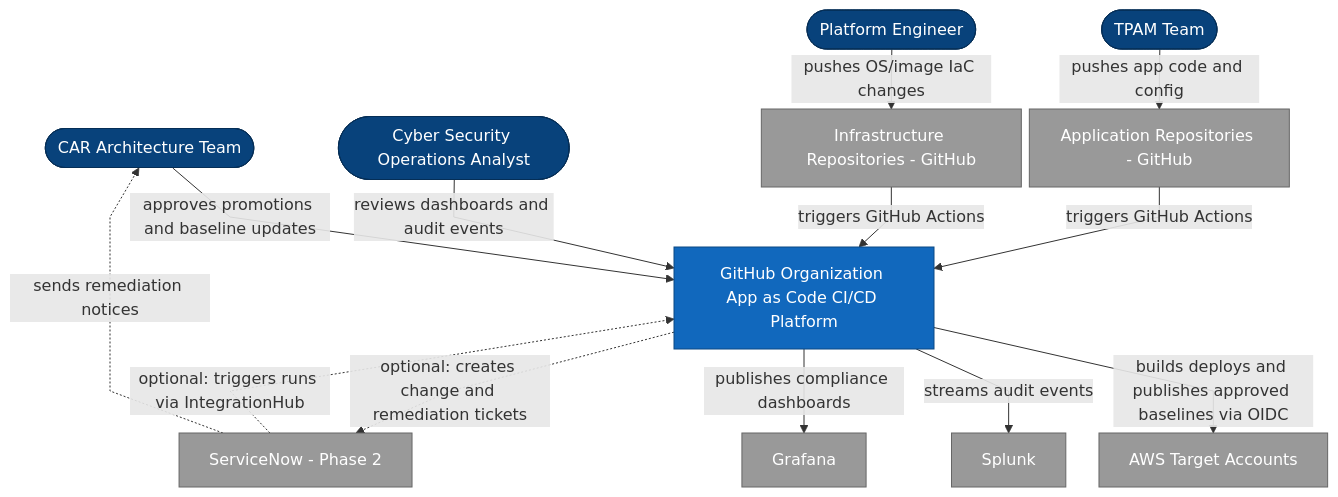
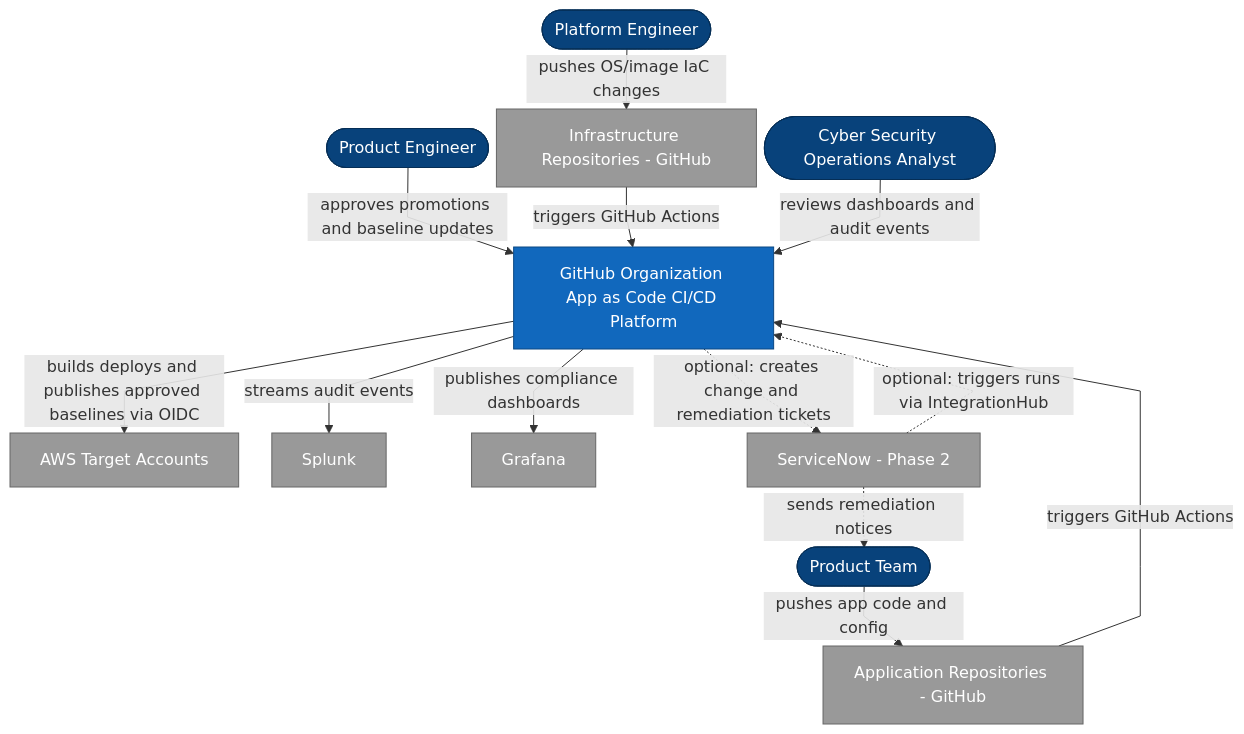
Before and after one commit to wingt903/CICD: the diagram in architecture/c4-context-drawio.mmd, drawn with Mermaid. The commit also changed 5 other files, not shown here.

Commit message:
Align team terminology with requirements in architecture docs

```diff
--- a/architecture/c4-context-drawio.mmd
+++ b/architecture/c4-context-drawio.mmd
@@ -1,46 +1,46 @@
 %%{init: {'themeVariables': {'fontSize': 10}, 'flowchart': {'nodeSpacing': 8, 'rankSpacing': 12, 'diagramPadding': 2, 'curve': 'linear'}}}%%
 graph TB
     %% C4 Context (Level 1) - draw.io compatible
     %% People
-    migTeam([CAR Architecture Team])
-    appTeam([TPAM Team])
+    migTeam([Product Engineer])
+    appTeam([Product Team])
     platformEngineer([Platform Engineer])
     auditor([Cyber Security Operations Analyst])
 
     %% System under design
     cicd[GitHub Organization App as Code CI/CD Platform]
 
     %% External systems
     appRepos[Application Repositories - GitHub]
     infraRepos[Infrastructure Repositories - GitHub]
     aws[AWS Target Accounts]
     splunk[Splunk]
     grafana[Grafana]
     sn[ServiceNow - Phase 2]
 
     %% Relationships
     migTeam -->|approves promotions and baseline updates| cicd
     appTeam -->|pushes app code and config| appRepos
     platformEngineer -->|pushes OS/image IaC changes| infraRepos
     appRepos -->|triggers GitHub Actions| cicd
     infraRepos -->|triggers GitHub Actions| cicd
     auditor -->|reviews dashboards and audit events| cicd
     cicd -->|builds deploys and publishes approved baselines via OIDC| aws
     cicd -->|streams audit events| splunk
     cicd -->|publishes compliance dashboards| grafana
     cicd -.->|optional: creates change and remediation tickets| sn
     sn -.->|optional: triggers runs via IntegrationHub| cicd
-    sn -.->|sends remediation notices| migTeam
+    sn -.->|sends remediation notices| appTeam
 
     %% Styling
     style cicd fill:#1168BD,color:#ffffff,stroke:#0b4884
     style migTeam fill:#08427B,color:#ffffff,stroke:#052E56
     style appTeam fill:#08427B,color:#ffffff,stroke:#052E56
     style platformEngineer fill:#08427B,color:#ffffff,stroke:#052E56
     style auditor fill:#08427B,color:#ffffff,stroke:#052E56
     style appRepos fill:#999999,color:#ffffff,stroke:#666666
     style infraRepos fill:#999999,color:#ffffff,stroke:#666666
     style aws fill:#999999,color:#ffffff,stroke:#666666
     style splunk fill:#999999,color:#ffffff,stroke:#666666
     style grafana fill:#999999,color:#ffffff,stroke:#666666
     style sn fill:#999999,color:#ffffff,stroke:#666666
```
